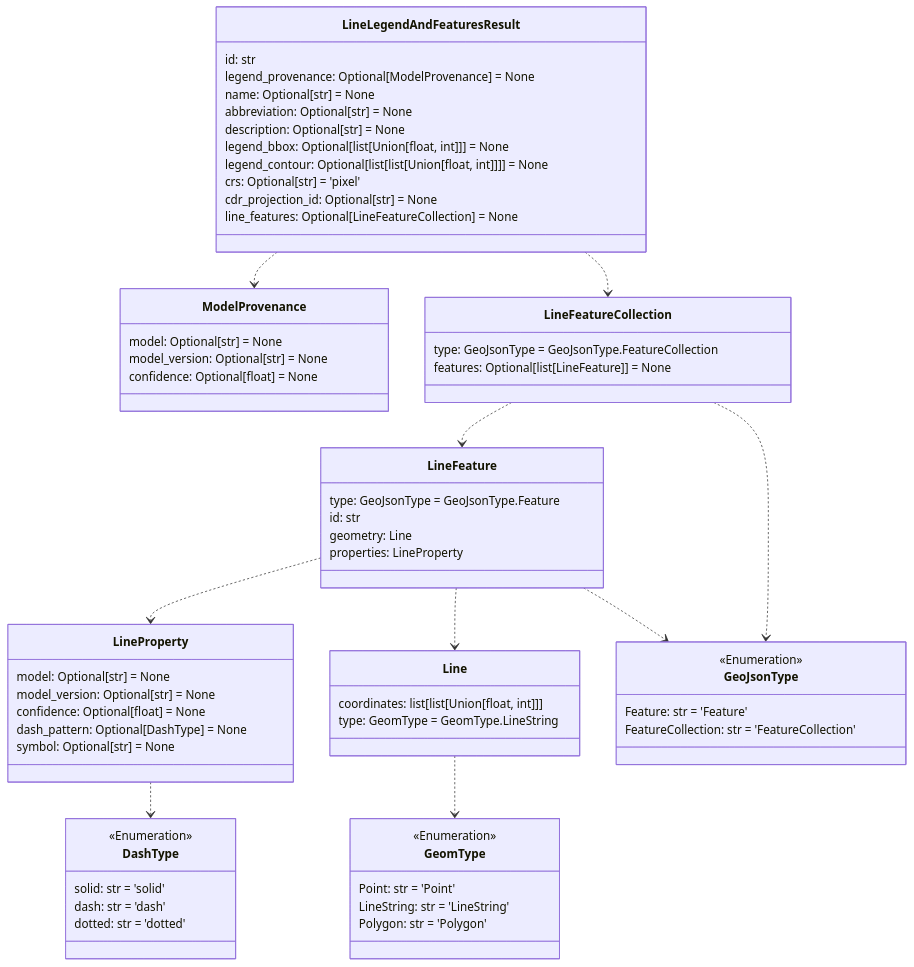
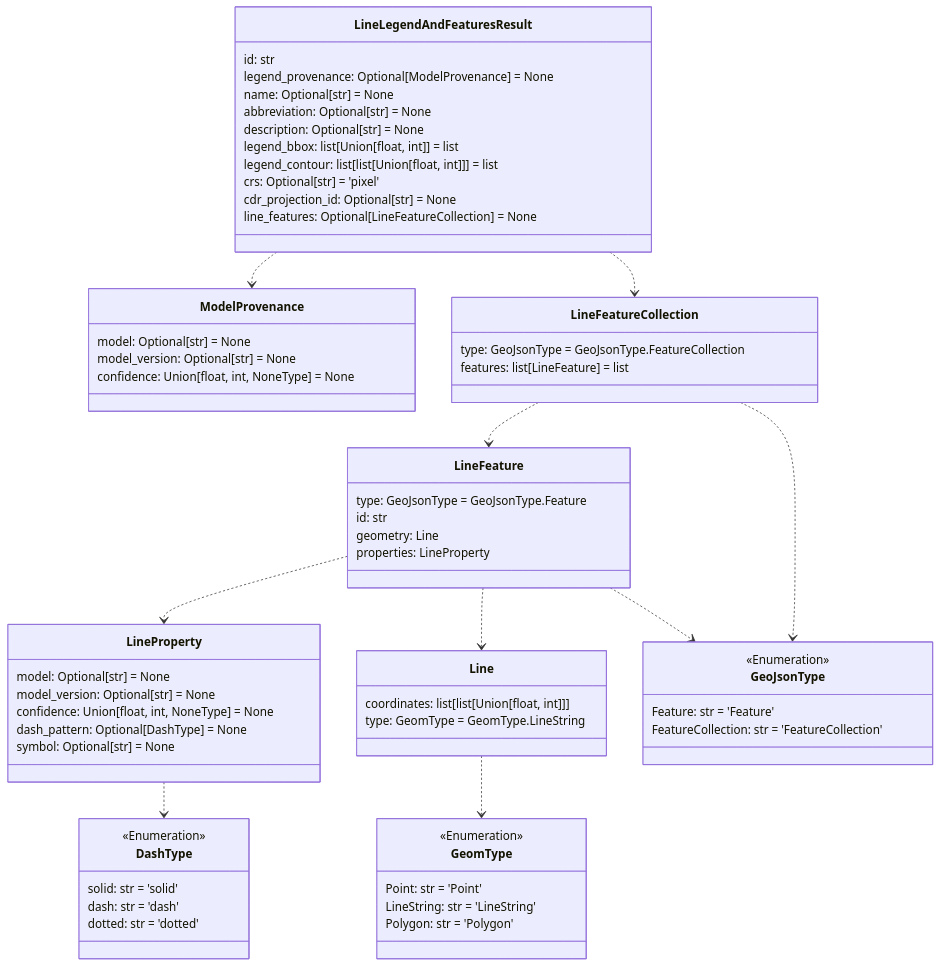
The sixth of 12 diagrams in README.md (DARPA-CRITICALMAAS/cdr_schemas), drawn with Mermaid before and after one commit. The commit also changed other lines of this file and 7 other files, not shown here.

````diff
--- a/README.md
+++ b/README.md
@@ -433,79 +433,79 @@
 ```mermaid
 classDiagram
 
-    class LineFeature {
-        type: GeoJsonType = GeoJsonType.Feature
-        id: str
-        geometry: Line
-        properties: LineProperty
+    class LineProperty {
+        model: Optional[str] = None
+        model_version: Optional[str] = None
+        confidence: Union[float, int, NoneType] = None
+        dash_pattern: Optional[DashType] = None
+        symbol: Optional[str] = None
     }
 
     class DashType {
         <<Enumeration>>
         solid: str = 'solid'
         dash: str = 'dash'
         dotted: str = 'dotted'
     }
 
-    class ModelProvenance {
-        model: Optional[str] = None
-        model_version: Optional[str] = None
-        confidence: Optional[float] = None
-    }
-
     class Line {
         coordinates: list[list[Union[float, int]]]
         type: GeomType = GeomType.LineString
-    }
-
-    class LineProperty {
-        model: Optional[str] = None
-        model_version: Optional[str] = None
-        confidence: Optional[float] = None
-        dash_pattern: Optional[DashType] = None
-        symbol: Optional[str] = None
-    }
-
-    class GeoJsonType {
-        <<Enumeration>>
-        Feature: str = 'Feature'
-        FeatureCollection: str = 'FeatureCollection'
-    }
-
-    class LineFeatureCollection {
-        type: GeoJsonType = GeoJsonType.FeatureCollection
-        features: Optional[list[LineFeature]] = None
-    }
-
-    class LineLegendAndFeaturesResult {
-        id: str
-        legend_provenance: Optional[ModelProvenance] = None
-        name: Optional[str] = None
-        abbreviation: Optional[str] = None
-        description: Optional[str] = None
-        legend_bbox: Optional[list[Union[float, int]]] = None
-        legend_contour: Optional[list[list[Union[float, int]]]] = None
-        crs: Optional[str] = 'pixel'
-        cdr_projection_id: Optional[str] = None
-        line_features: Optional[LineFeatureCollection] = None
     }
 
     class GeomType {
         <<Enumeration>>
         Point: str = 'Point'
         LineString: str = 'LineString'
         Polygon: str = 'Polygon'
     }
 
+    class ModelProvenance {
+        model: Optional[str] = None
+        model_version: Optional[str] = None
+        confidence: Union[float, int, NoneType] = None
+    }
+
+    class LineFeature {
+        type: GeoJsonType = GeoJsonType.Feature
+        id: str
+        geometry: Line
+        properties: LineProperty
+    }
+
+    class LineFeatureCollection {
+        type: GeoJsonType = GeoJsonType.FeatureCollection
+        features: list[LineFeature] = list
+    }
+
+    class GeoJsonType {
+        <<Enumeration>>
+        Feature: str = 'Feature'
+        FeatureCollection: str = 'FeatureCollection'
+    }
+
+    class LineLegendAndFeaturesResult {
+        id: str
+        legend_provenance: Optional[ModelProvenance] = None
+        name: Optional[str] = None
+        abbreviation: Optional[str] = None
+        description: Optional[str] = None
+        legend_bbox: list[Union[float, int]] = list
+        legend_contour: list[list[Union[float, int]]] = list
+        crs: Optional[str] = 'pixel'
+        cdr_projection_id: Optional[str] = None
+        line_features: Optional[LineFeatureCollection] = None
+    }
+
     Line ..> GeomType
     LineProperty ..> DashType
     LineFeature ..> LineProperty
+    LineFeature ..> Line
     LineFeature ..> GeoJsonType
-    LineFeature ..> Line
     LineFeatureCollection ..> LineFeature
     LineFeatureCollection ..> GeoJsonType
+    LineLegendAndFeaturesResult ..> ModelProvenance
     LineLegendAndFeaturesResult ..> LineFeatureCollection
-    LineLegendAndFeaturesResult ..> ModelProvenance
 
 
 ```
````
